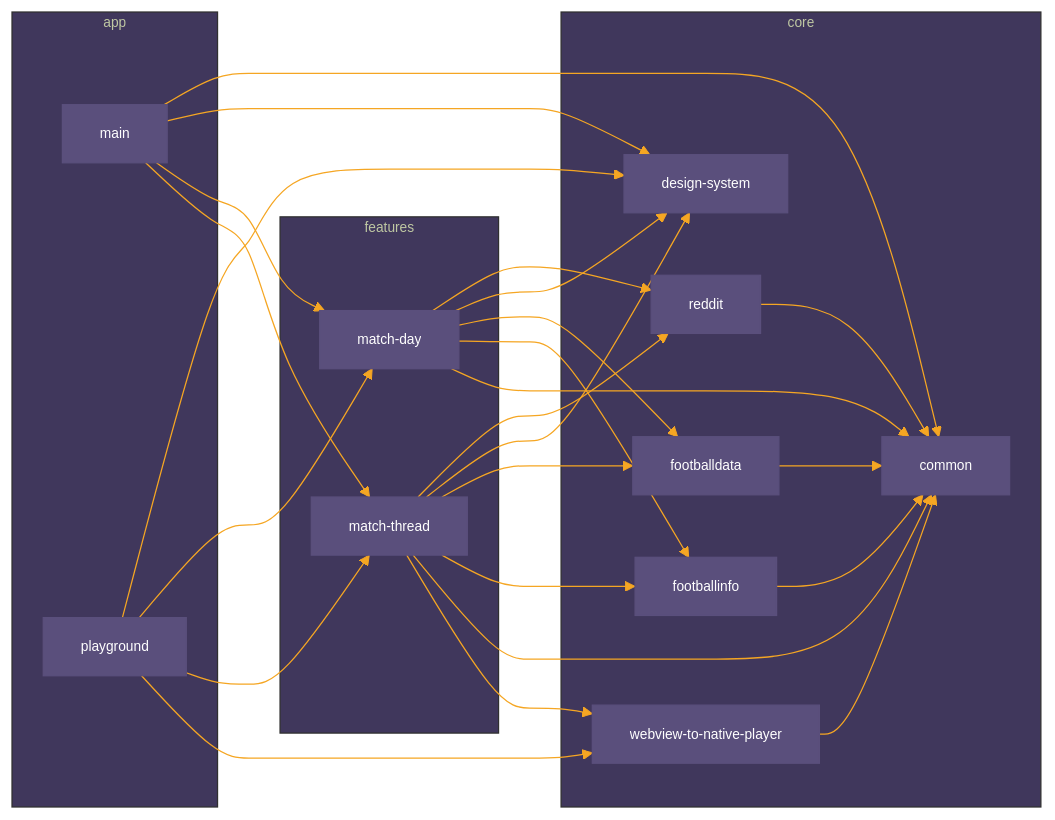
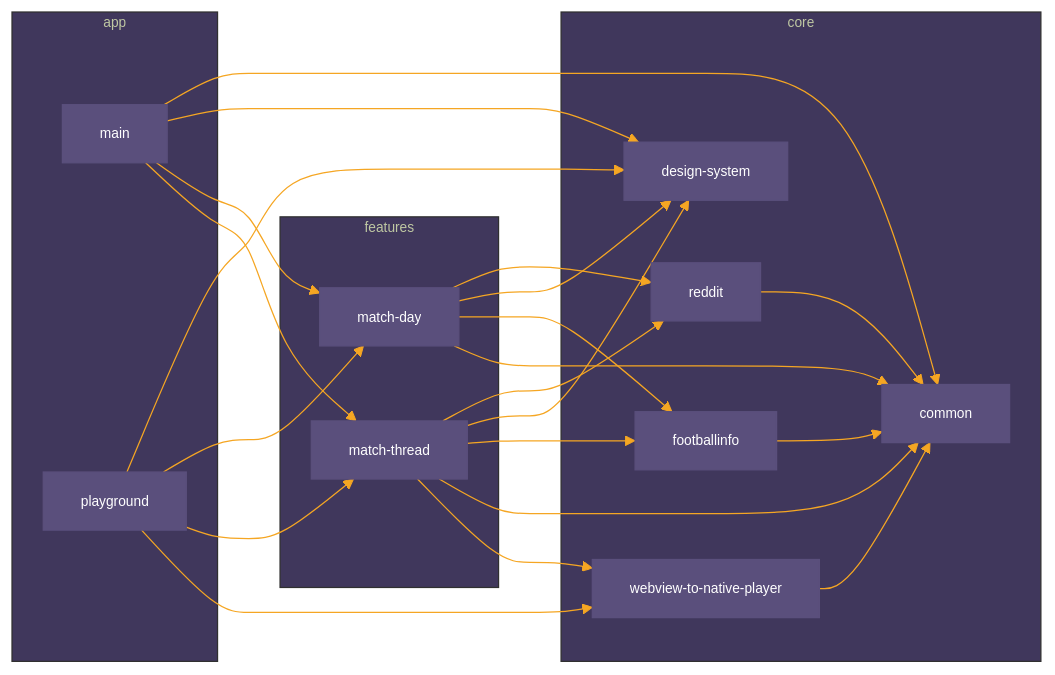
Before and after one commit to iurysza/livematch: the diagram in README.md, drawn with Mermaid. The commit also changed 29 other files, not shown here.

````diff
--- a/README.md
+++ b/README.md
@@ -88,49 +88,45 @@
 ```mermaid
 %%{
   init: {
     'theme': 'base',
 	'themeVariables': {"primaryTextColor":"#fff","primaryColor":"#5a4f7c","primaryBorderColor":"#5a4f7c","lineColor":"#f5a623","tertiaryColor":"#40375c","fontSize":"11px"}
   }
 }%%
 
 graph LR
   subgraph app
     main
     playground
   end
   subgraph core
     common
     design-system
-    footballdata
     footballinfo
     reddit
     webview-to-native-player
   end
   subgraph features
     match-day
     match-thread
   end
   footballinfo --> common
-  footballdata --> common
   match-day --> common
   match-day --> footballinfo
-  match-day --> footballdata
   match-day --> design-system
   match-day --> reddit
   match-thread --> webview-to-native-player
   match-thread --> common
   match-thread --> footballinfo
-  match-thread --> footballdata
   match-thread --> design-system
   match-thread --> reddit
   playground --> webview-to-native-player
   playground --> match-thread
   playground --> match-day
   playground --> design-system
   reddit --> common
   webview-to-native-player --> common
   main --> match-thread
   main --> match-day
   main --> design-system
   main --> common
 ```
````
